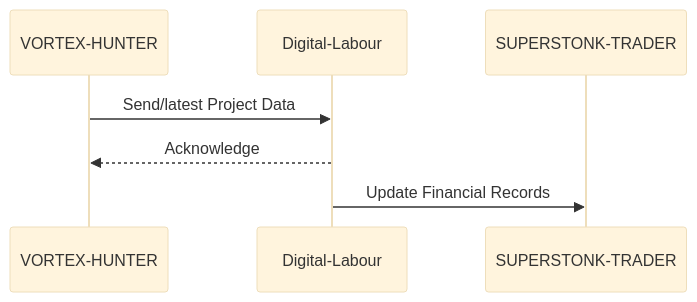
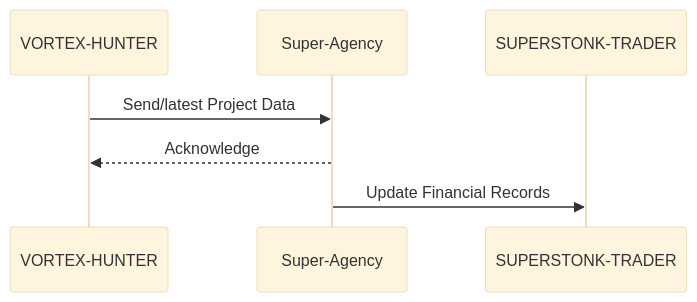
The second of 2 diagrams in super_agency/docs/INTEGRATION_DESIGN.md (ResonanceEnergy/DIGITAL-LABOUR), drawn with Mermaid (base theme) before and after one commit. The commit also changed other lines of this file and 715 other files, not shown here.

First line of the commit message:
BIT RAGE SYSTEMS v2.0 — Complete Super Agency integration + full rebrand

````diff
--- a/super_agency/docs/INTEGRATION_DESIGN.md
+++ b/super_agency/docs/INTEGRATION_DESIGN.md
@@ -78,10 +78,10 @@
 ```mermaid
 sequenceDiagram
     participant A as VORTEX-HUNTER
-    participant B as Digital-Labour
+    participant B as Super-Agency
     participant C as SUPERSTONK-TRADER
 
     A->>B: Send/latest Project Data
     B-->>A: Acknowledge
     B->>C: Update Financial Records
 ```
````
